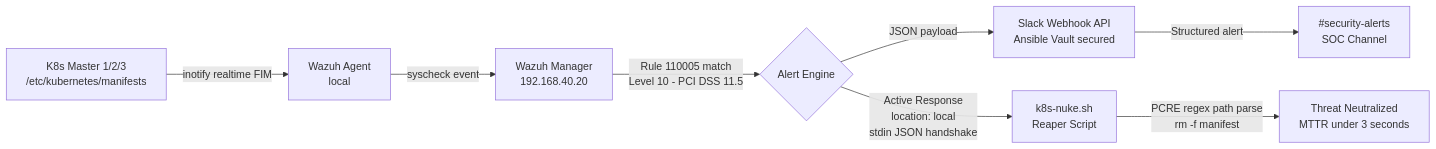
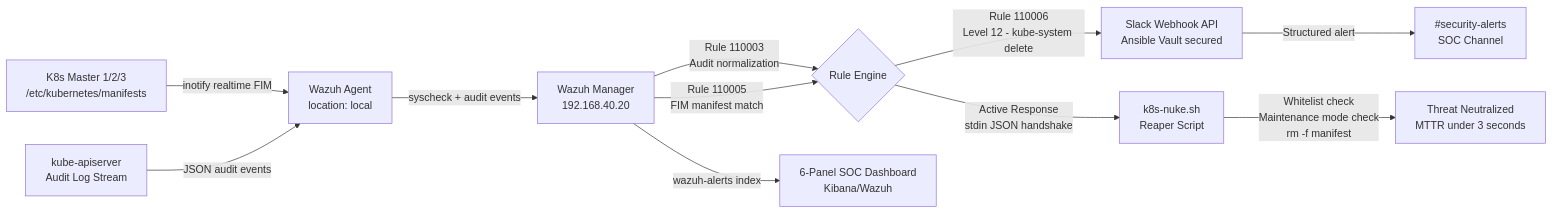
One commit to brypreez/security-sentinel changed the diagram in README.md. Above: the diagram before and after it, drawn with Mermaid. The commit also changed other lines of this file, not shown here.

Commit message:
docs: full SOAR dossier - Phase 1 AIR engine + Phase 2 SOC dashboard

````diff
--- a/README.md
+++ b/README.md
@@ -19,10 +19,13 @@
 ```mermaid
 flowchart LR
-    A[K8s Master 1/2/3\n/etc/kubernetes/manifests] -->|inotify realtime FIM| B[Wazuh Agent\nlocal]
-    B -->|syscheck event| C[Wazuh Manager\n192.168.40.20]
-    C -->|Rule 110005 match\nLevel 10 - PCI DSS 11.5| D{Alert Engine}
-    D -->|JSON payload| E[Slack Webhook API\nAnsible Vault secured]
-    D -->|Active Response\nlocation: local\nstdin JSON handshake| F[k8s-nuke.sh\nReaper Script]
-    E -->|Structured alert| G[#security-alerts\nSOC Channel]
-    F -->|PCRE regex path parse\nrm -f manifest| H[Threat Neutralized\nMTTR under 3 seconds]
+    A[K8s Master 1/2/3\n/etc/kubernetes/manifests] -->|inotify realtime FIM| B[Wazuh Agent\nlocation: local]
+    C[kube-apiserver\nAudit Log Stream] -->|JSON audit events| B
+    B -->|syscheck + audit events| D[Wazuh Manager\n192.168.40.20]
+    D -->|Rule 110003\nAudit normalization| E{Rule Engine}
+    D -->|Rule 110005\nFIM manifest match| E
+    E -->|Rule 110006\nLevel 12 - kube-system delete| F[Slack Webhook API\nAnsible Vault secured]
+    E -->|Active Response\nstdin JSON handshake| G[k8s-nuke.sh\nReaper Script]
+    F -->|Structured alert| H[#security-alerts\nSOC Channel]
+    G -->|Whitelist check\nMaintenance mode check\nrm -f manifest| I[Threat Neutralized\nMTTR under 3 seconds]
+    D -->|wazuh-alerts index| J[6-Panel SOC Dashboard\nKibana/Wazuh]
 ```
````
